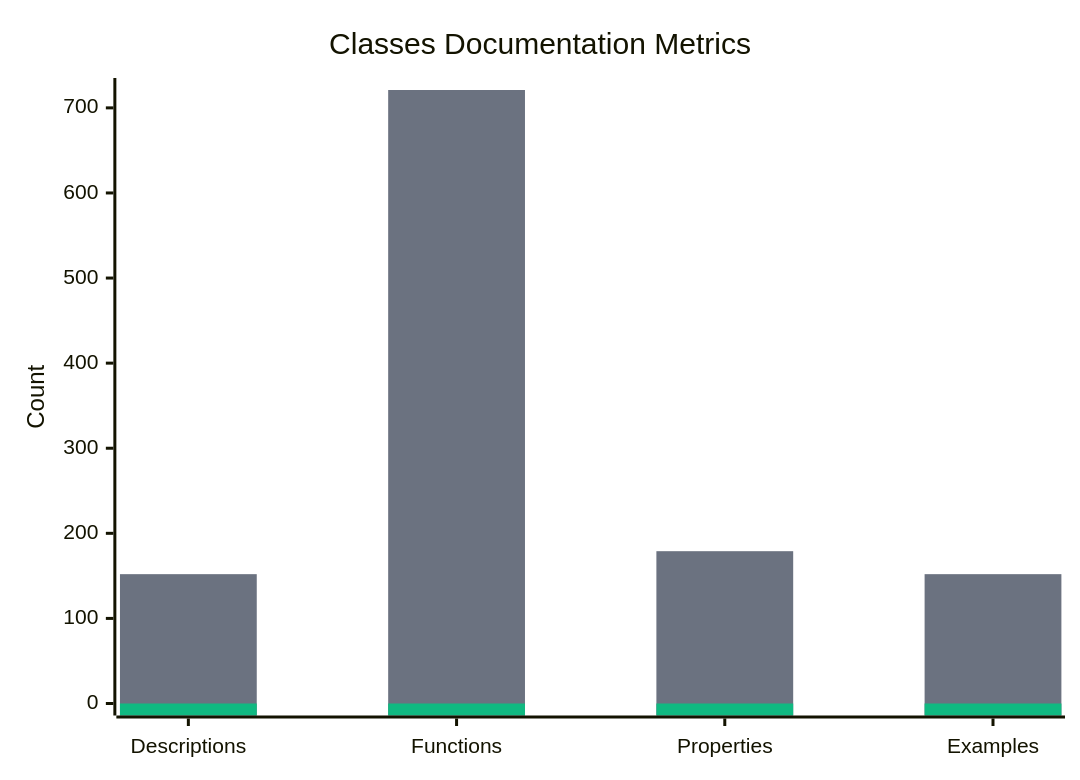
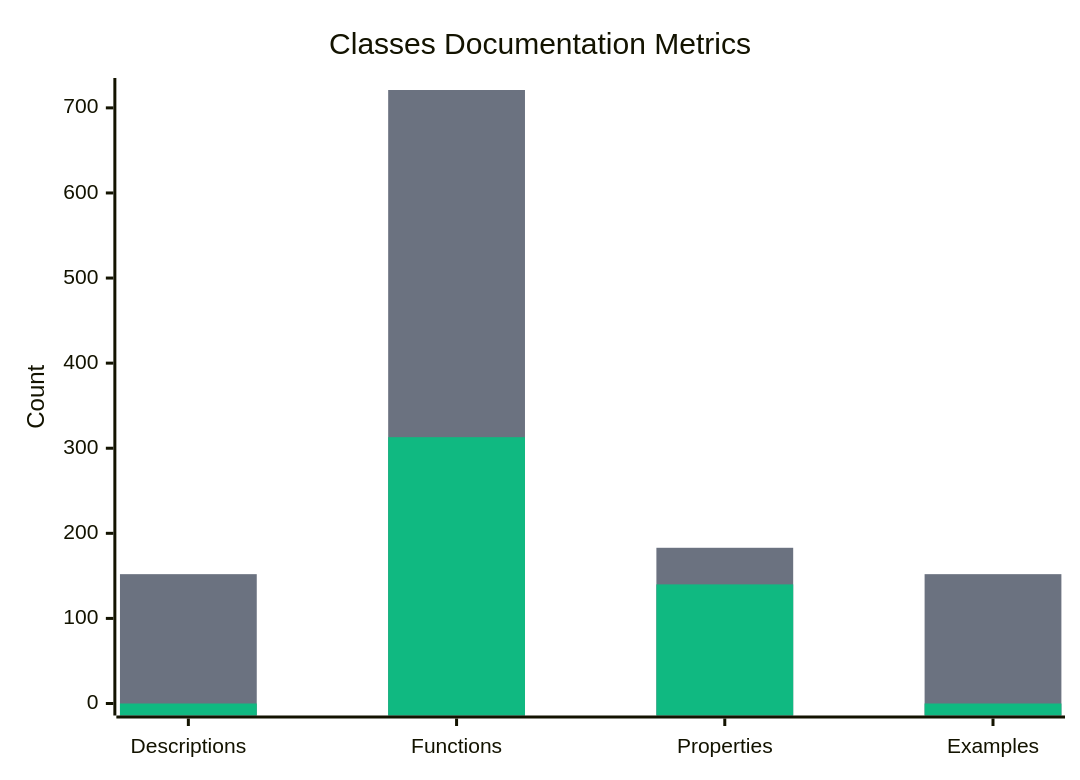
The second of 4 diagrams in Documentation/SynthoTec-4D/Overview.md (synthotec/synthotec.github.io), drawn with Mermaid before and after one commit. The commit also changed other lines of this file, not shown here.

````diff
--- a/Documentation/SynthoTec-4D/Overview.md
+++ b/Documentation/SynthoTec-4D/Overview.md
@@ -30,9 +30,9 @@
 ```mermaid
 %%{init: {'theme':'base', 'themeVariables': {'xyChart': {'backgroundColor': 'transparent', 'plotColorPalette': '#6b7280, #10b981'}}}}%%
 xychart-beta
     title "Classes Documentation Metrics"
     x-axis ["Descriptions", "Functions", "Properties", "Examples"]
     y-axis "Count" 0 --> 721
-    bar [152, 721, 179, 152]
-    bar [0, 0, 0, 0]
+    bar [152, 721, 183, 152]
+    bar [0, 313, 140, 0]
 ```
````
